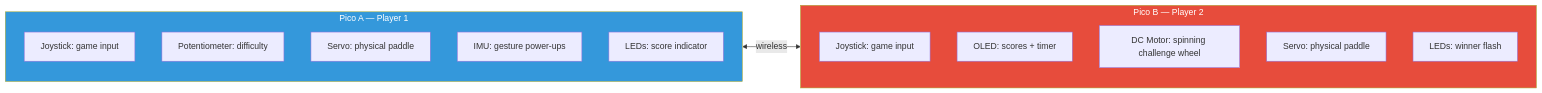
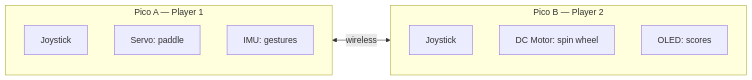
The seventh of 13 diagrams in docs/idea-shortlist-v2.md (doyun-gu/hack-a-bot-2026), drawn with Mermaid before and after one commit. The commit also changed other lines of this file and 3 other files, not shown here.

First line of the commit message:
Clean up diagrams + add EEE theory + ventilation application

````diff
--- a/docs/idea-shortlist-v2.md
+++ b/docs/idea-shortlist-v2.md
@@ -238,23 +212,16 @@
 ```mermaid
 graph LR
     subgraph P1["Pico A — Player 1"]
-        P1_JOY["Joystick: game input"]
-        P1_POT["Potentiometer: difficulty"]
-        P1_SERVO["Servo: physical paddle"]
-        P1_IMU["IMU: gesture power-ups"]
-        P1_LED["LEDs: score indicator"]
+        A1[Joystick]
+        A2[Servo: paddle]
+        A3[IMU: gestures]
     end
 
     subgraph P2["Pico B — Player 2"]
-        P2_JOY["Joystick: game input"]
-        P2_OLED["OLED: scores + timer"]
-        P2_MOTOR["DC Motor: spinning challenge wheel"]
-        P2_SERVO["Servo: physical paddle"]
-        P2_LED["LEDs: winner flash"]
+        B1[Joystick]
+        B2[DC Motor: spin wheel]
+        B3[OLED: scores]
     end
 
-    P1 <-->|"wireless"| P2
-
-    style P1 fill:#3498db,color:#fff
-    style P2 fill:#e74c3c,color:#fff
+    P1 <-->|wireless| P2
 ```
````
